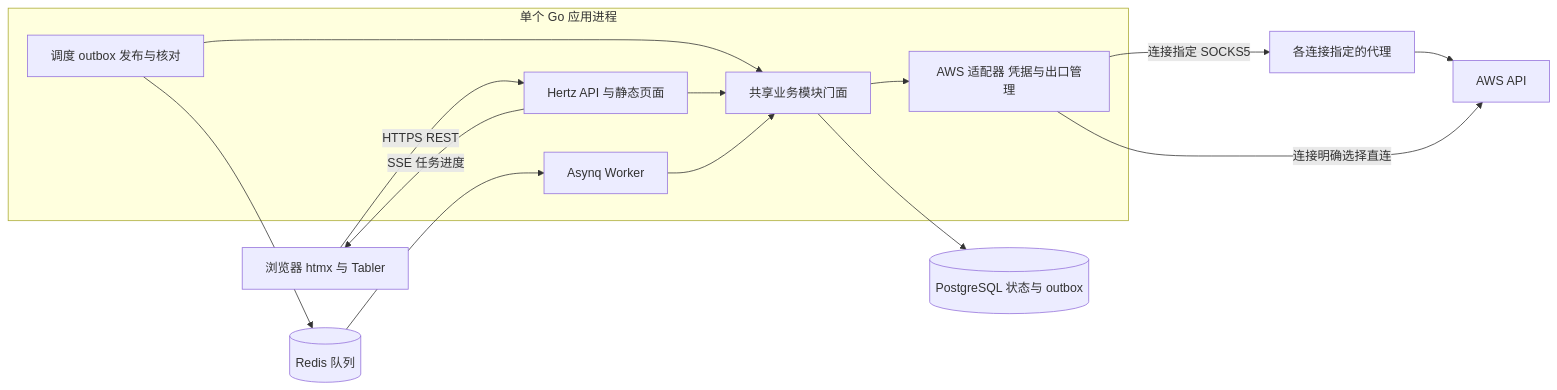
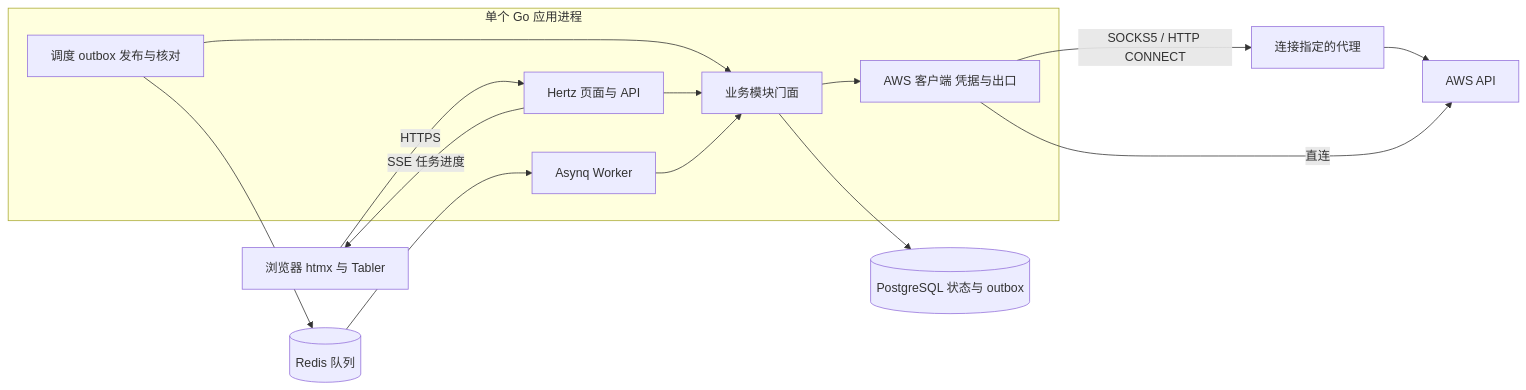
Before and after one commit to Ember-Moth/aws-panel: the diagram in docs/architecture.md, drawn with Mermaid. The commit also changed other lines of this file and 23 other files, not shown here.

````diff
--- a/docs/architecture.md
+++ b/docs/architecture.md
@@ -19,23 +5,23 @@
 ```mermaid
 flowchart LR
     Browser[浏览器 htmx 与 Tabler]
     subgraph App[单个 Go 应用进程]
-        API[Hertz API 与静态页面]
+        API[Hertz 页面与 API]
         Worker[Asynq Worker]
         Publisher[调度 outbox 发布与核对]
-        Services[共享业务模块门面]
-        Adapter[AWS 适配器 凭据与出口管理]
+        Services[业务模块门面]
+        Adapter[AWS 客户端 凭据与出口]
         API --> Services
         Worker --> Services
         Publisher --> Services
         Services --> Adapter
     end
-    Browser -->|HTTPS REST| API
+    Browser -->|HTTPS| API
     API -->|SSE 任务进度| Browser
     Services --> DB[(PostgreSQL 状态与 outbox)]
     Publisher --> Queue[(Redis 队列)]
     Queue --> Worker
-    Adapter -->|连接指定 SOCKS5| Proxy[各连接指定的代理]
+    Adapter -->|SOCKS5 / HTTP CONNECT| Proxy[连接指定的代理]
     Proxy --> AWS[AWS API]
-    Adapter -->|连接明确选择直连| AWS
+    Adapter -->|直连| AWS
 ```
````
